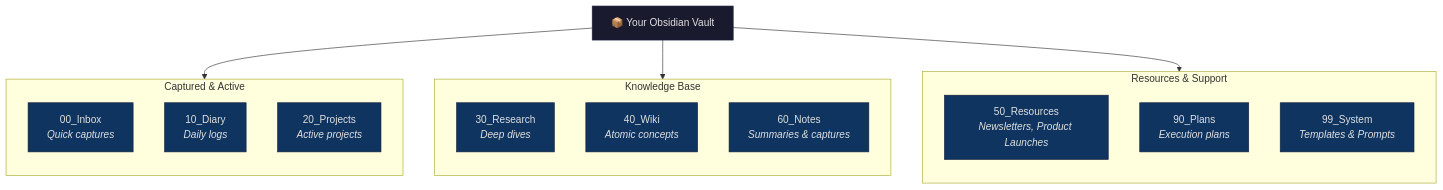
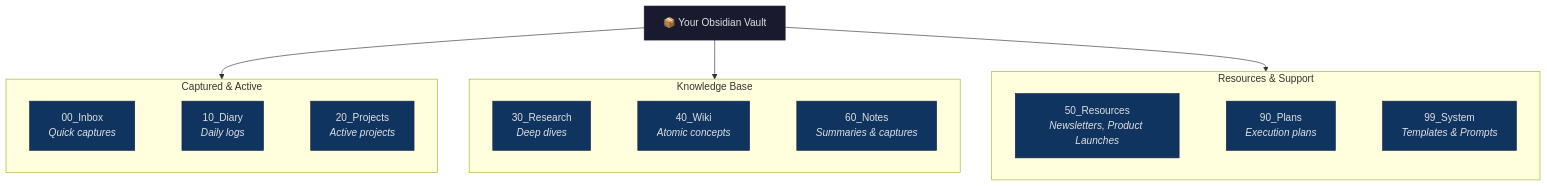
One commit to dull-bird/DeepOrbit changed the second of 8 diagrams in README.md. Above: the diagram before and after it, drawn with Mermaid. The commit also changed 1 other file, not shown here.

````diff
--- a/README.md
+++ b/README.md
@@ -80,40 +80,40 @@
 ```mermaid
 flowchart TD
     V["📦 Your Obsidian Vault"]
     
     V --> G1
     V --> G2
     V --> G3
 
-    subgraph G1 [Captured & Active]
-        direction TD
+    subgraph G1 ["Captured & Active"]
         node_A["00_Inbox<br/><i>Quick captures</i>"]
         node_B["10_Diary<br/><i>Daily logs</i>"]
         node_C["20_Projects<br/><i>Active projects</i>"]
+        node_A ~~~ node_B ~~~ node_C
     end
     
-    subgraph G2 [Knowledge Base]
-        direction TD
+    subgraph G2 ["Knowledge Base"]
         node_D["30_Research<br/><i>Deep dives</i>"]
         node_E["40_Wiki<br/><i>Atomic concepts</i>"]
         node_G["60_Notes<br/><i>Summaries & captures</i>"]
+        node_D ~~~ node_E ~~~ node_G
     end
     
-    subgraph G3 [Resources & Support]
-        direction TD
+    subgraph G3 ["Resources & Support"]
         node_F["50_Resources<br/><i>Newsletters, Product Launches</i>"]
         node_H["90_Plans<br/><i>Execution plans</i>"]
         node_I["99_System<br/><i>Templates & Prompts</i>"]
+        node_F ~~~ node_H ~~~ node_I
     end
 
     style V fill:#1a1a2e,stroke:#16213e,color:#e0e0e0
     style node_A fill:#0f3460,stroke:#16213e,color:#e0e0e0
     style node_B fill:#0f3460,stroke:#16213e,color:#e0e0e0
     style node_C fill:#0f3460,stroke:#16213e,color:#e0e0e0
     style node_D fill:#0f3460,stroke:#16213e,color:#e0e0e0
     style node_E fill:#0f3460,stroke:#16213e,color:#e0e0e0
     style node_F fill:#0f3460,stroke:#16213e,color:#e0e0e0
     style node_G fill:#0f3460,stroke:#16213e,color:#e0e0e0
     style node_H fill:#0f3460,stroke:#16213e,color:#e0e0e0
     style node_I fill:#0f3460,stroke:#16213e,color:#e0e0e0
 ```
````
